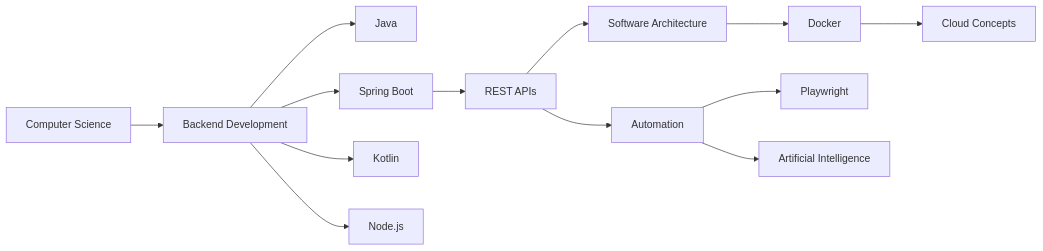
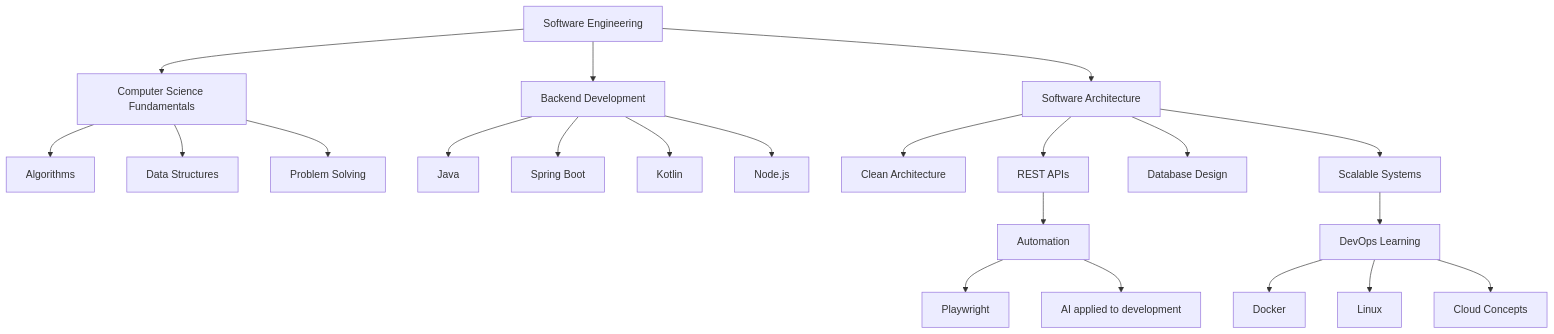
The diagram in README.md (murilo-sys/murilo-sys), drawn with Mermaid before and after one commit. The commit also changed other lines of this file, not shown here.

````diff
--- a/README.md
+++ b/README.md
@@ -174,20 +161,29 @@
 ```mermaid
-flowchart LR
+flowchart TD
+    A[Software Engineering] --> B[Computer Science Fundamentals]
+    A --> C[Backend Development]
+    A --> D[Software Architecture]
 
-A[Computer Science] --> B[Backend Development]
+    B --> B1[Algorithms]
+    B --> B2[Data Structures]
+    B --> B3[Problem Solving]
 
-B --> C[Java]
-B --> D[Spring Boot]
-B --> E[Kotlin]
-B --> F[Node.js]
+    C --> C1[Java]
+    C --> C2[Spring Boot]
+    C --> C3[Kotlin]
+    C --> C4[Node.js]
 
-D --> G[REST APIs]
-G --> H[Software Architecture]
+    D --> D1[Clean Architecture]
+    D --> D2[REST APIs]
+    D --> D3[Database Design]
+    D --> D4[Scalable Systems]
 
-H --> I[Docker]
-I --> J[Cloud Concepts]
+    D2 --> E[Automation]
+    E --> E1[Playwright]
+    E --> E2[AI applied to development]
 
-G --> K[Automation]
-K --> L[Playwright]
-K --> M[Artificial Intelligence]
+    D4 --> F[DevOps Learning]
+    F --> F1[Docker]
+    F --> F2[Linux]
+    F --> F3[Cloud Concepts]
 ```
````
